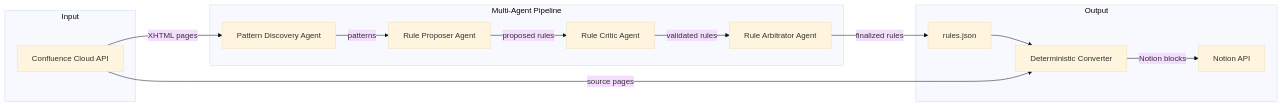
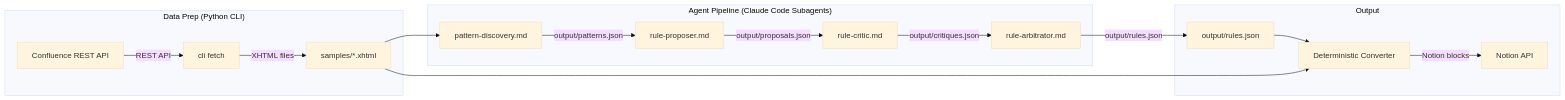
The diagram in docs/architecture.md (let-sunny/confluence-to-notion), drawn with Mermaid (base theme) before and after one commit. The commit also changed other lines of this file and 6 other files, not shown here.

First line of the commit message:
refactor: switch agent architecture to Claude Code subagents

````diff
--- a/docs/architecture.md
+++ b/docs/architecture.md
@@ -5,28 +5,32 @@
 ```mermaid
 graph LR
-    subgraph Input
-        CF[Confluence Cloud API]
+    subgraph "Data Prep (Python CLI)"
+        CF[Confluence REST API]
+        FETCH[cli fetch]
+        SAMPLES[samples/*.xhtml]
     end
 
-    subgraph "Multi-Agent Pipeline"
-        D[Pattern Discovery Agent]
-        P[Rule Proposer Agent]
-        C[Rule Critic Agent]
-        A[Rule Arbitrator Agent]
+    subgraph "Agent Pipeline (Claude Code Subagents)"
+        D[pattern-discovery.md]
+        P[rule-proposer.md]
+        C[rule-critic.md]
+        A[rule-arbitrator.md]
     end
 
-    subgraph Output
-        R[rules.json]
+    subgraph "Output"
+        R[output/rules.json]
         CV[Deterministic Converter]
         N[Notion API]
     end
 
-    CF -->|XHTML pages| D
-    D -->|patterns| P
-    P -->|proposed rules| C
-    C -->|validated rules| A
-    A -->|finalized rules| R
+    CF -->|REST API| FETCH
+    FETCH -->|XHTML files| SAMPLES
+    SAMPLES --> D
+    D -->|output/patterns.json| P
+    P -->|output/proposals.json| C
+    C -->|output/critiques.json| A
+    A -->|output/rules.json| R
     R --> CV
-    CF -->|source pages| CV
+    SAMPLES --> CV
     CV -->|Notion blocks| N
 ```
````
